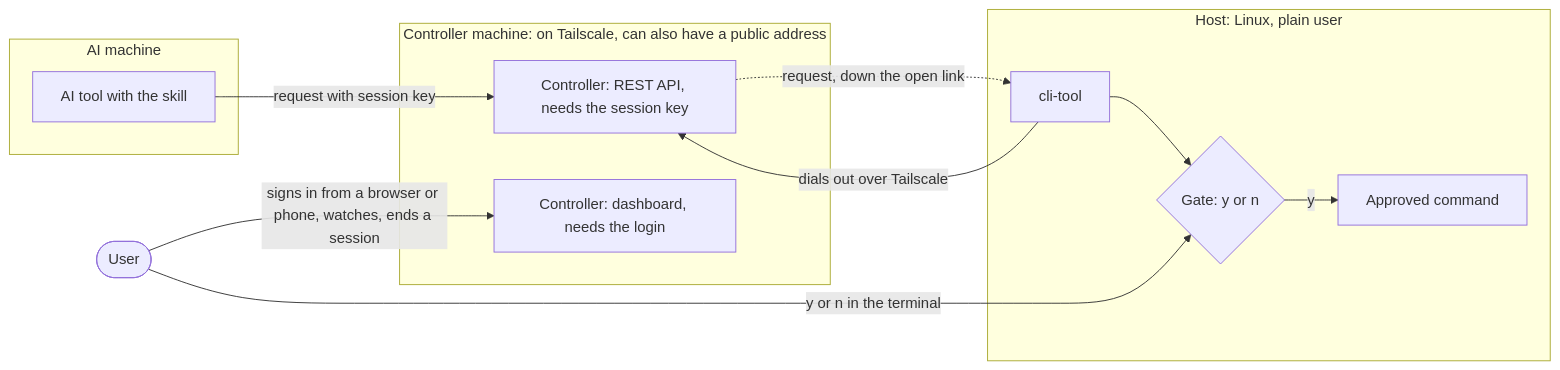
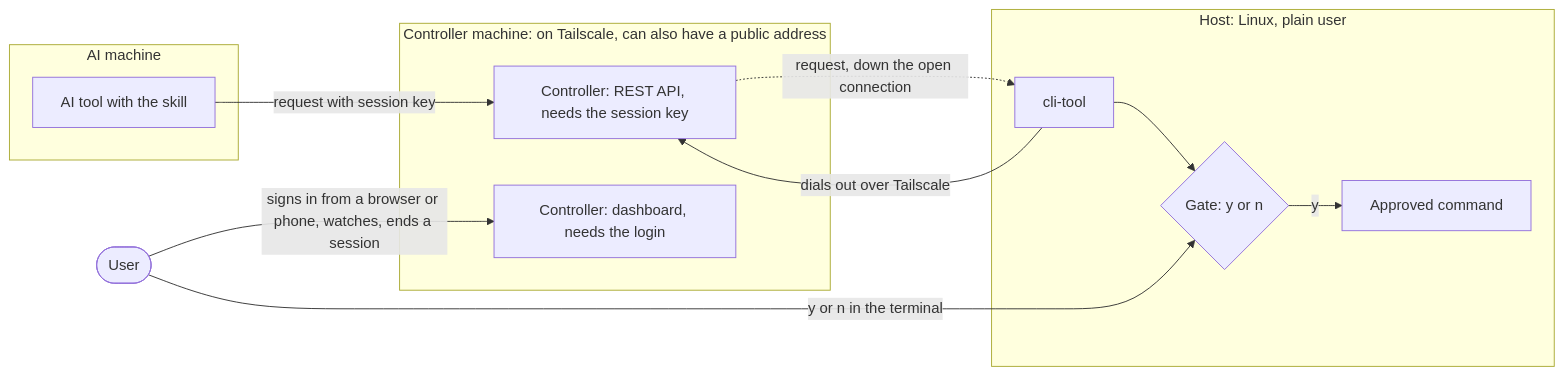
Before and after one commit to kdop/gangway: the first of 8 diagrams in diagrams.draft.md, drawn with Mermaid. The commit also changed other lines of this file and 3 other files, not shown here.

````diff
--- a/diagrams.draft.md
+++ b/diagrams.draft.md
@@ -9,27 +9,27 @@
 ```mermaid
 flowchart LR
   me(["User"])
 
   subgraph aim["AI machine"]
     ai["AI tool with the skill"]
   end
 
   subgraph ctl["Controller machine: on Tailscale, can also have a public address"]
     api["Controller: REST API, needs the session key"]
     dash["Controller: dashboard, needs the login"]
   end
 
   subgraph host["Host: Linux, plain user"]
     cli["cli-tool"]
     gate{"Gate: y or n"}
     cmd["Approved command"]
   end
 
   ai -- "request with session key" --> api
   cli -- "dials out over Tailscale" --> api
-  api -. "request, down the open link" .-> cli
+  api -. "request, down the open connection" .-> cli
   cli --> gate
   gate -- "y" --> cmd
   me -- "y or n in the terminal" --> gate
   me -- "signs in from a browser or phone, watches, ends a session" --> dash
 ```
````
